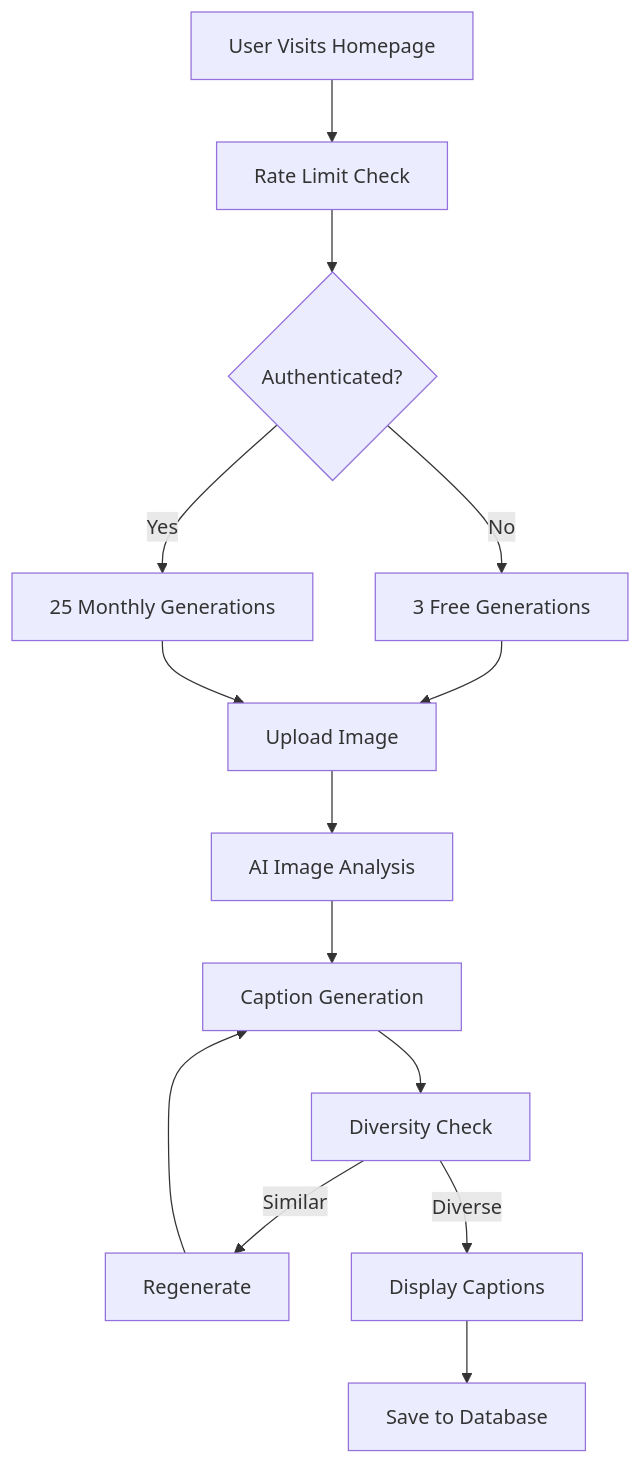
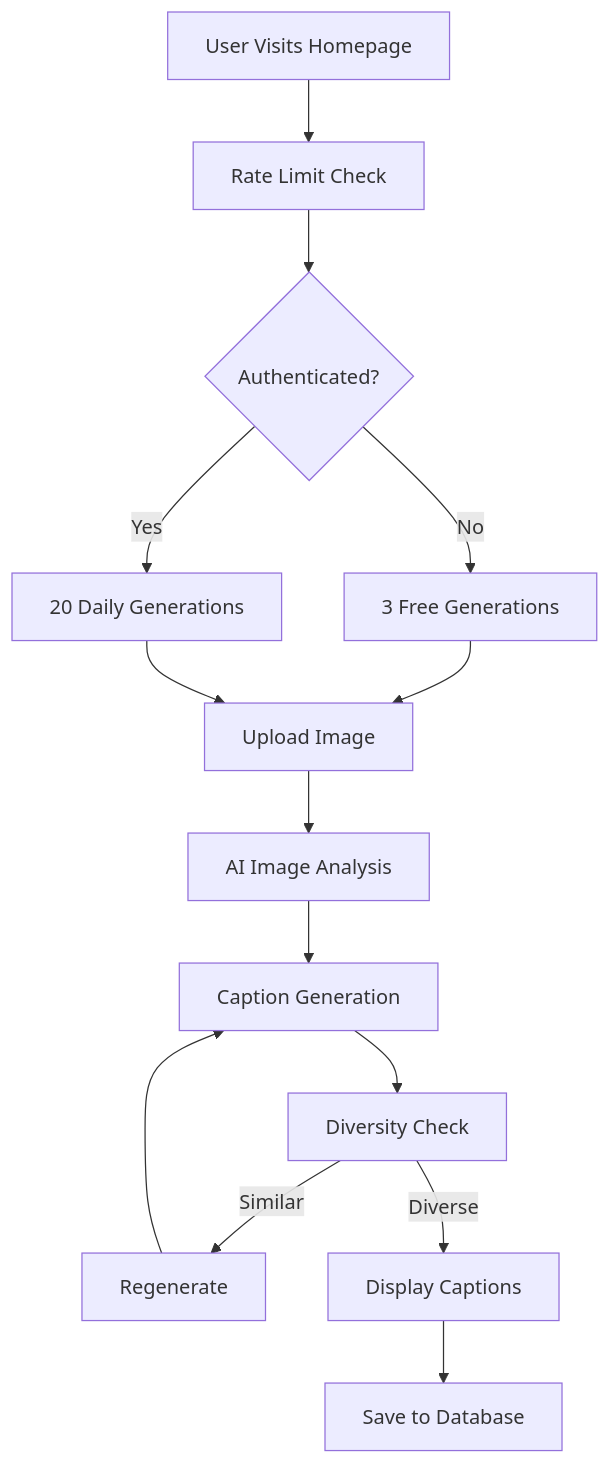
Before and after one commit to AniketShinde02/Capsera: the first of 2 diagrams in README.md, drawn with Mermaid. The commit also changed other lines of this file and 83 other files, not shown here.

````diff
--- a/README.md
+++ b/README.md
@@ -1020,17 +1024,17 @@
 ```mermaid
 graph TB
     A[User Visits Homepage] --> B[Rate Limit Check]
     B --> C{Authenticated?}
     C -->|No| D[3 Free Generations]
-    C -->|Yes| E[25 Monthly Generations]
+    C -->|Yes| E[20 Daily Generations]
     
     D --> F[Upload Image]
     E --> F
     F --> G[AI Image Analysis]
     G --> H[Caption Generation]
     H --> I[Diversity Check]
     I -->|Similar| J[Regenerate]
     I -->|Diverse| K[Display Captions]
     J --> H
     K --> L[Save to Database]
 ```
````
